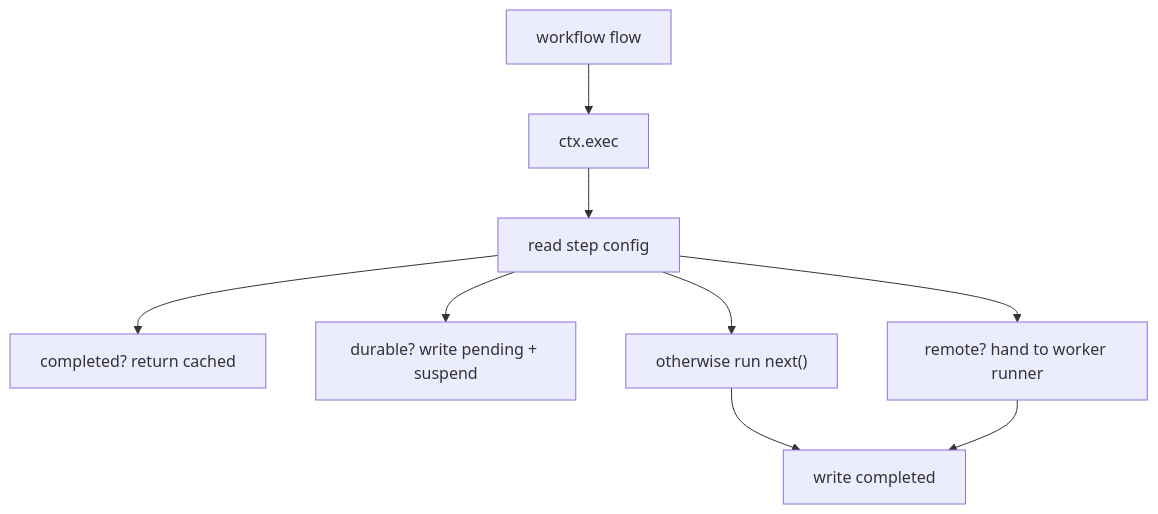
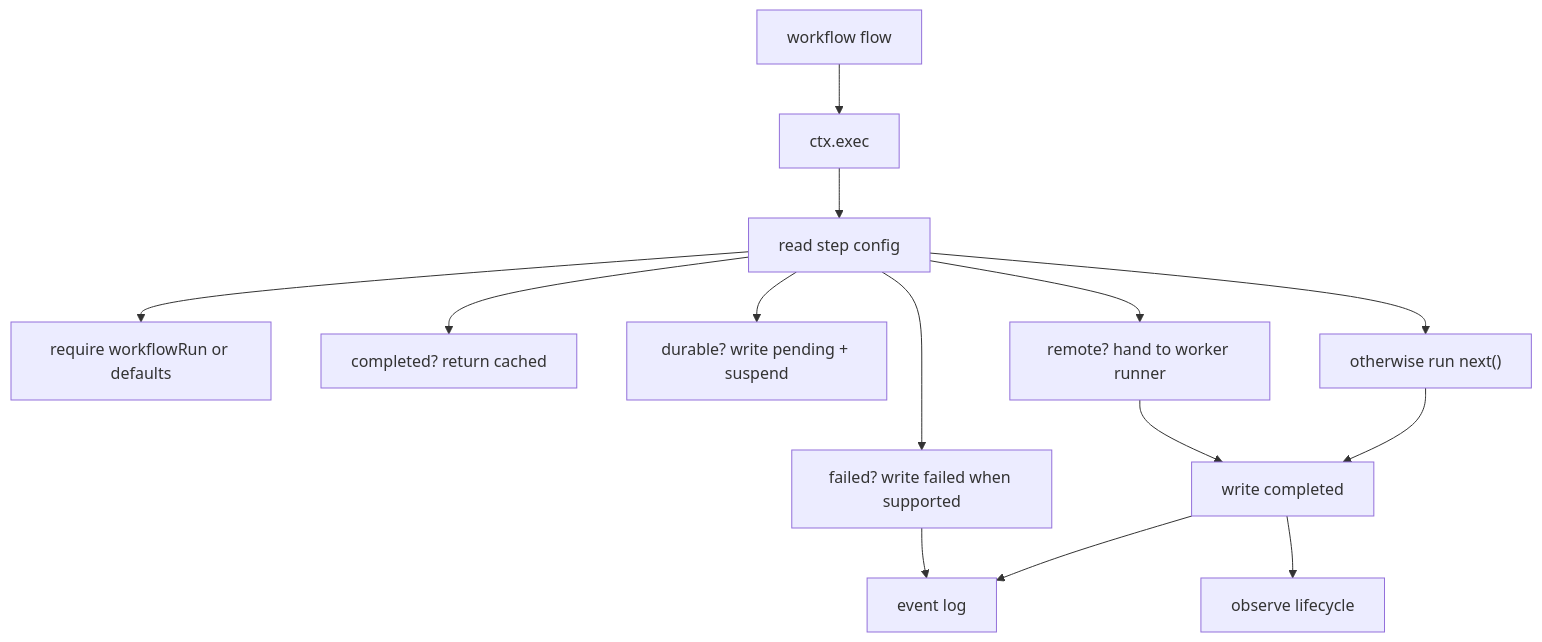
Before and after one commit to pumped-fn/pumped-fn: the diagram in packages/agent-sdk/README.md, drawn with Mermaid. The commit also changed other lines of this file and 27 other files, not shown here.

````diff
--- a/packages/agent-sdk/README.md
+++ b/packages/agent-sdk/README.md
@@ -19,11 +19,16 @@
 ```mermaid
 flowchart TD
   Root["workflow flow"] --> Exec["ctx.exec"]
   Exec --> Config["read step config"]
+  Config --> Identity["require workflowRun or defaults"]
   Config --> Replay["completed? return cached"]
   Config --> Durable["durable? write pending + suspend"]
   Config --> Remote["remote? hand to worker runner"]
   Config --> Local["otherwise run next()"]
-  Local --> Log["write completed"]
-  Remote --> Log
+  Local --> Complete["write completed"]
+  Remote --> Complete
+  Complete --> Log["event log"]
+  Complete --> Observe["observe lifecycle"]
+  Config --> Failed["failed? write failed when supported"]
+  Failed --> Log
 ```
````
